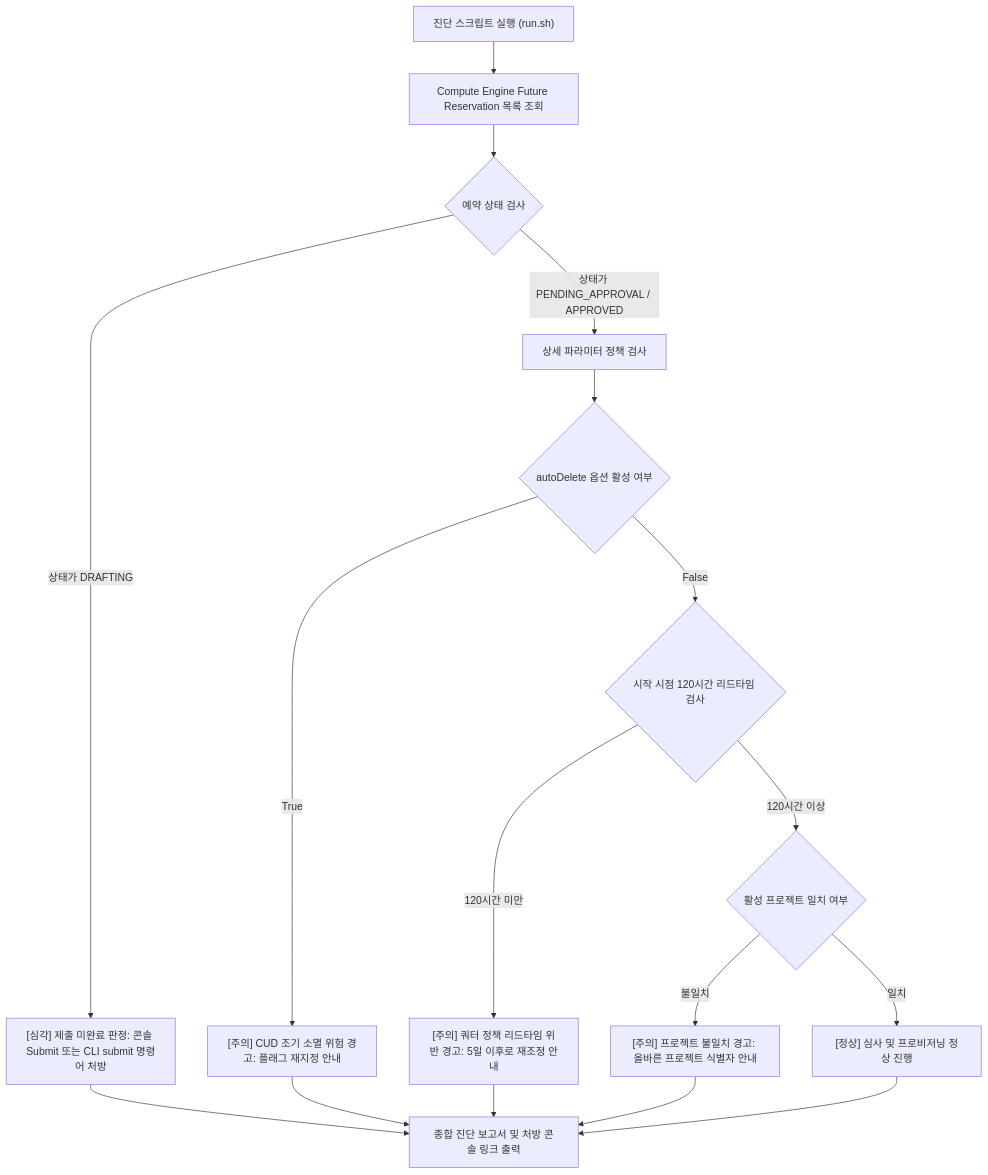
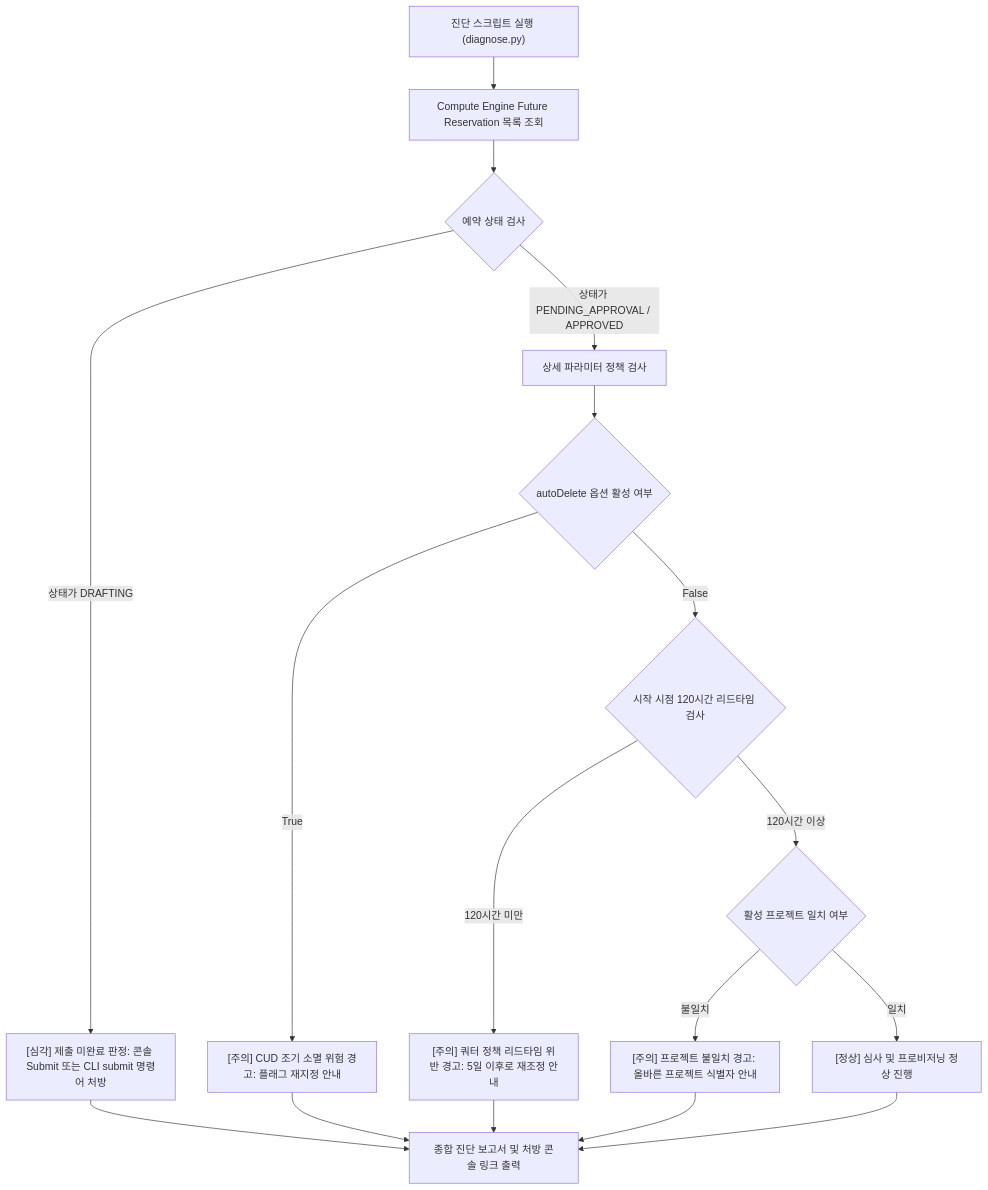
One commit to jiangjun-forge/google-cloud-0-to-1 changed the diagram in samples/gce-future-reservation-checker/README.md. Above: the diagram before and after it, drawn with Mermaid. The commit also changed other lines of this file and 180 other files, not shown here.

````diff
--- a/samples/gce-future-reservation-checker/README.md
+++ b/samples/gce-future-reservation-checker/README.md
@@ -38,24 +38,24 @@
 ```mermaid
 flowchart TD
-    Start["진단 스크립트 실행 (run.sh)"] --> FetchFR["Compute Engine Future Reservation 목록 조회"]
+    Start["진단 스크립트 실행 (diagnose.py)"] --> FetchFR["Compute Engine Future Reservation 목록 조회"]
     FetchFR --> CheckStatus{"예약 상태 검사"}
     
     CheckStatus -->|"상태가 DRAFTING"| CriticalDraft["[심각] 제출 미완료 판정: 콘솔 Submit 또는 CLI submit 명령어 처방"]
     CheckStatus -->|"상태가 PENDING_APPROVAL / APPROVED"| CheckFlags["상세 파라미터 정책 검사"]
     
     CheckFlags --> CheckAutoDelete{"autoDelete 옵션 활성 여부"}
     CheckAutoDelete -->|"True"| WarnCUD["[주의] CUD 조기 소멸 위험 경고: 플래그 재지정 안내"]
     CheckAutoDelete -->|"False"| CheckLeadTime{"시작 시점 120시간 리드타임 검사"}
     
     CheckLeadTime -->|"120시간 미만"| WarnLeadTime["[주의] 쿼터 정책 리드타임 위반 경고: 5일 이후로 재조정 안내"]
     CheckLeadTime -->|"120시간 이상"| CheckProject{"활성 프로젝트 일치 여부"}
     
     CheckProject -->|"불일치"| WarnProject["[주의] 프로젝트 불일치 경고: 올바른 프로젝트 식별자 안내"]
     CheckProject -->|"일치"| HealthyPass["[정상] 심사 및 프로비저닝 정상 진행"]
     
     CriticalDraft --> ReportSummary["종합 진단 보고서 및 처방 콘솔 링크 출력"]
     WarnCUD --> ReportSummary
     WarnLeadTime --> ReportSummary
     WarnProject --> ReportSummary
     HealthyPass --> ReportSummary
 ```
````
